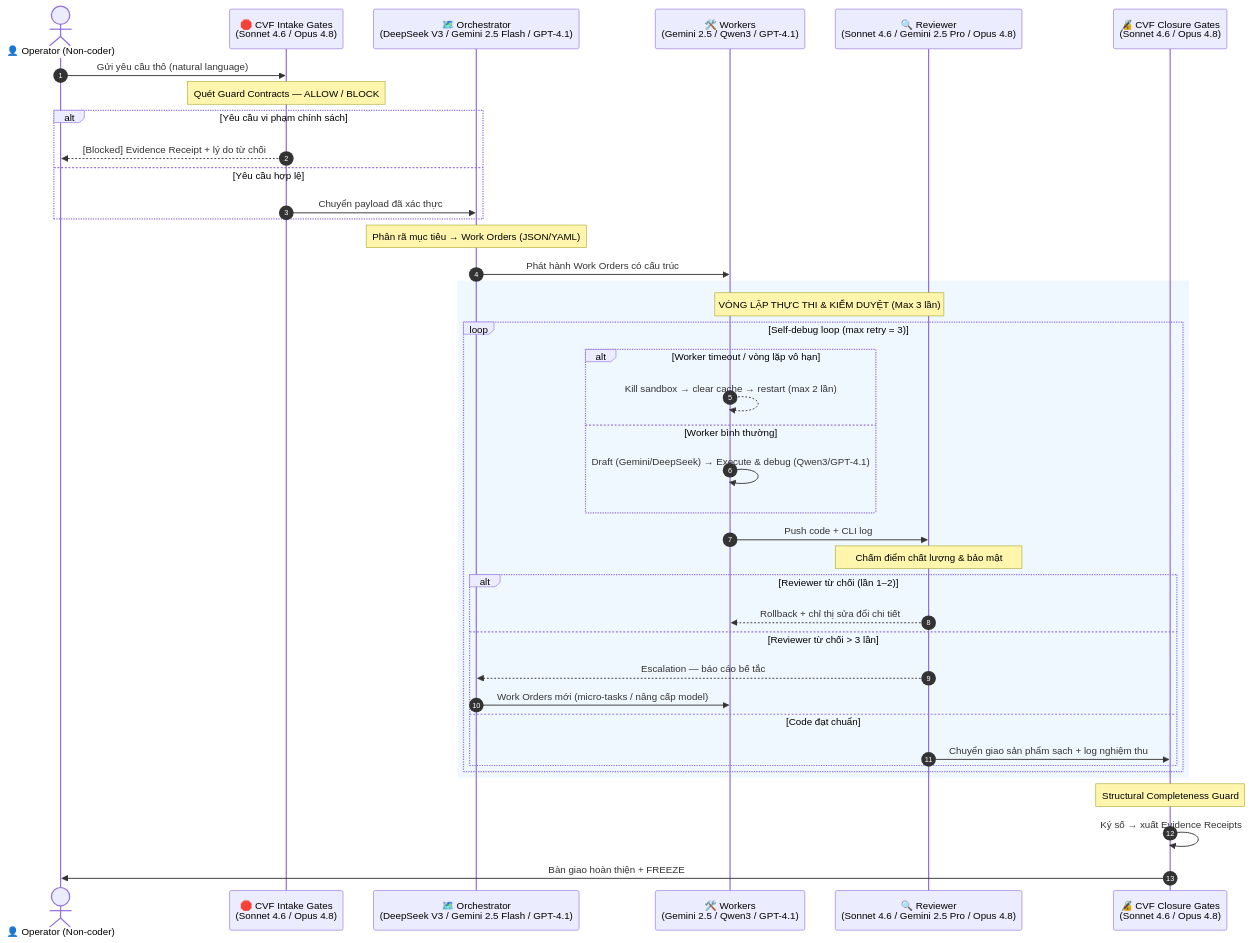
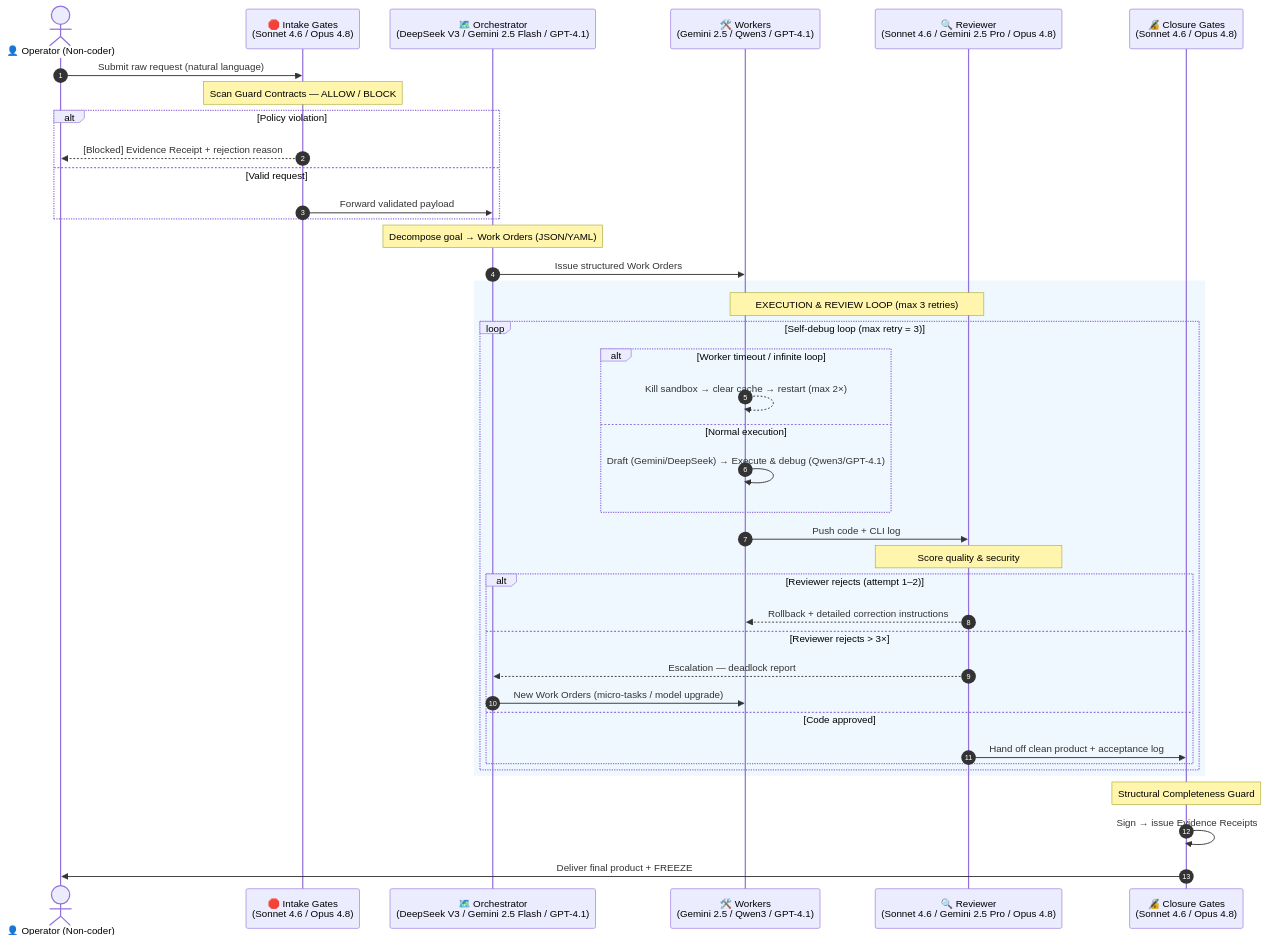
Before and after one commit to Blackbird081/Controlled-Vibe-Framework-CVF: the second of 2 diagrams in README.md, drawn with Mermaid. The commit also changed other lines of this file and 1 other file, not shown here.

````diff
--- a/README.md
+++ b/README.md
@@ -311,46 +296,45 @@
 ```mermaid
 sequenceDiagram
     autonumber
     actor Op as 👤 Operator (Non-coder)
-    participant IG as 🛑 CVF Intake Gates<br/>(Sonnet 4.6 / Opus 4.8)
+    participant IG as 🛑 Intake Gates<br/>(Sonnet 4.6 / Opus 4.8)
     participant Orch as 🗺️ Orchestrator<br/>(DeepSeek V3 / Gemini 2.5 Flash / GPT-4.1)
     participant Wk as 🛠️ Workers<br/>(Gemini 2.5 / Qwen3 / GPT-4.1)
     participant Rev as 🔍 Reviewer<br/>(Sonnet 4.6 / Gemini 2.5 Pro / Opus 4.8)
-    participant CG as 🔏 CVF Closure Gates<br/>(Sonnet 4.6 / Opus 4.8)
+    participant CG as 🔏 Closure Gates<br/>(Sonnet 4.6 / Opus 4.8)
 
-    Op->>IG: Gửi yêu cầu thô (natural language)
-    Note over IG: Quét Guard Contracts — ALLOW / BLOCK
-    alt Yêu cầu vi phạm chính sách
-        IG-->>Op: [Blocked] Evidence Receipt + lý do từ chối
-    else Yêu cầu hợp lệ
-        IG->>Orch: Chuyển payload đã xác thực
+    Op->>IG: Submit raw request (natural language)
+    Note over IG: Scan Guard Contracts — ALLOW / BLOCK
+    alt Policy violation
+        IG-->>Op: [Blocked] Evidence Receipt + rejection reason
+    else Valid request
+        IG->>Orch: Forward validated payload
     end
-
-    Note over Orch: Phân rã mục tiêu → Work Orders (JSON/YAML)
-    Orch->>Wk: Phát hành Work Orders có cấu trúc
+    Note over Orch: Decompose goal → Work Orders (JSON/YAML)
+    Orch->>Wk: Issue structured Work Orders
 
     rect rgb(240, 248, 255)
-        Note over Wk,Rev: VÒNG LẶP THỰC THI & KIỂM DUYỆT (Max 3 lần)
+        Note over Wk,Rev: EXECUTION & REVIEW LOOP (max 3 retries)
         loop Self-debug loop (max retry = 3)
-            alt Worker timeout / vòng lặp vô hạn
-                Wk-->>Wk: Kill sandbox → clear cache → restart (max 2 lần)
-            else Worker bình thường
+            alt Worker timeout / infinite loop
+                Wk-->>Wk: Kill sandbox → clear cache → restart (max 2×)
+            else Normal execution
                 Wk->>Wk: Draft (Gemini/DeepSeek) → Execute & debug (Qwen3/GPT-4.1)
             end
             Wk->>Rev: Push code + CLI log
-            Note over Rev: Chấm điểm chất lượng & bảo mật
-            alt Reviewer từ chối (lần 1–2)
-                Rev-->>Wk: Rollback + chỉ thị sửa đổi chi tiết
-            else Reviewer từ chối > 3 lần
-                Rev-->>Orch: Escalation — báo cáo bế tắc
-                Orch->>Wk: Work Orders mới (micro-tasks / nâng cấp model)
-            else Code đạt chuẩn
-                Rev->>CG: Chuyển giao sản phẩm sạch + log nghiệm thu
+            Note over Rev: Score quality & security
+            alt Reviewer rejects (attempt 1–2)
+                Rev-->>Wk: Rollback + detailed correction instructions
+            else Reviewer rejects > 3×
+                Rev-->>Orch: Escalation — deadlock report
+                Orch->>Wk: New Work Orders (micro-tasks / model upgrade)
+            else Code approved
+                Rev->>CG: Hand off clean product + acceptance log
             end
         end
     end
 
     Note over CG: Structural Completeness Guard
-    CG->>CG: Ký số → xuất Evidence Receipts
-    CG->>Op: Bàn giao hoàn thiện + FREEZE
+    CG->>CG: Sign → issue Evidence Receipts
+    CG->>Op: Deliver final product + FREEZE
 ```
````
